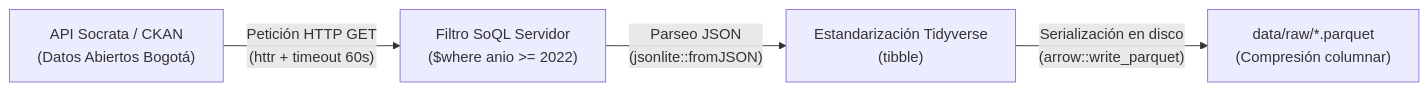
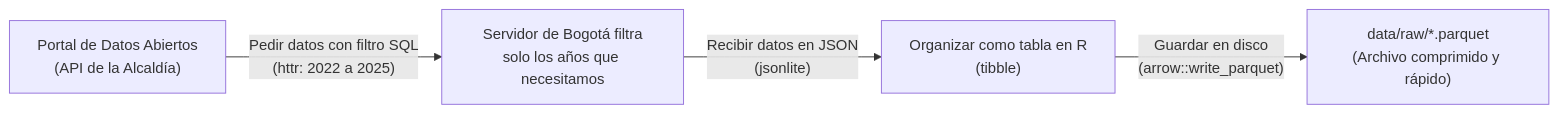
The diagram in scripts/01_ingesta/01_datos_abiertos/README.md (juanjo-edm/Repo_Entrega_Final_Taller_R), drawn with Mermaid before and after one commit. The commit also changed other lines of this file and 7 other files, not shown here.

Commit message:
docs: simplificar y humanizar lenguaje de todos los READMEs preservando diagramas Mermaid y enlaces

````diff
--- a/scripts/01_ingesta/01_datos_abiertos/README.md
+++ b/scripts/01_ingesta/01_datos_abiertos/README.md
@@ -25,6 +23,6 @@
 ```mermaid
 flowchart LR
-    A["API Socrata / CKAN<br/>(Datos Abiertos Bogotá)"] -->|"Petición HTTP GET<br/>(httr + timeout 60s)"| B["Filtro SoQL Servidor<br/>($where anio >= 2022)"]
-    B -->|"Parseo JSON<br/>(jsonlite::fromJSON)"| C["Estandarización Tidyverse<br/>(tibble)"]
-    C -->|"Serialización en disco<br/>(arrow::write_parquet)"| D["data/raw/*.parquet<br/>(Compresión columnar)"]
+    A["Portal de Datos Abiertos<br/>(API de la Alcaldía)"] -->|"Pedir datos con filtro SQL<br/>(httr: 2022 a 2025)"| B["Servidor de Bogotá filtra<br/>solo los años que necesitamos"]
+    B -->|"Recibir datos en JSON<br/>(jsonlite)"| C["Organizar como tabla en R<br/>(tibble)"]
+    C -->|"Guardar en disco<br/>(arrow::write_parquet)"| D["data/raw/*.parquet<br/>(Archivo comprimido y rápido)"]
 ```
````
